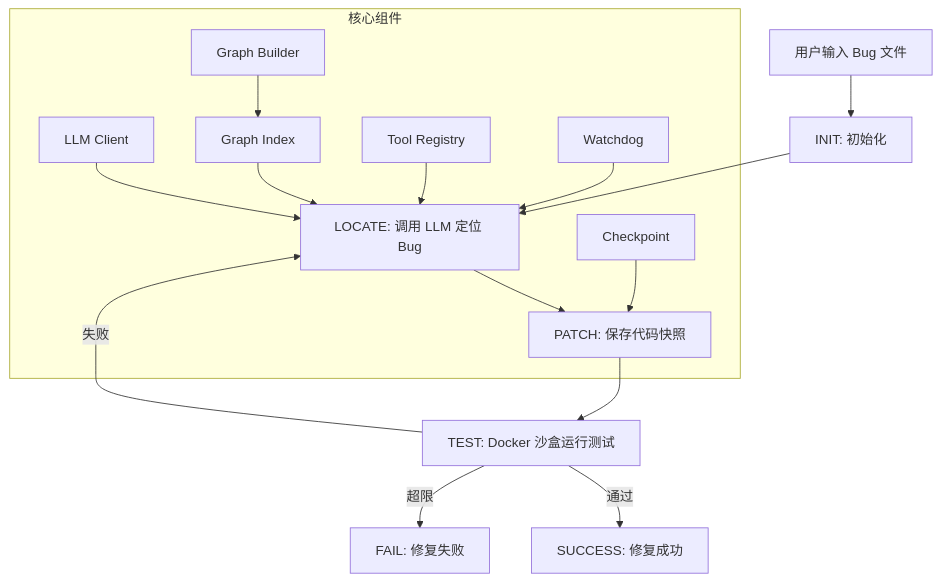
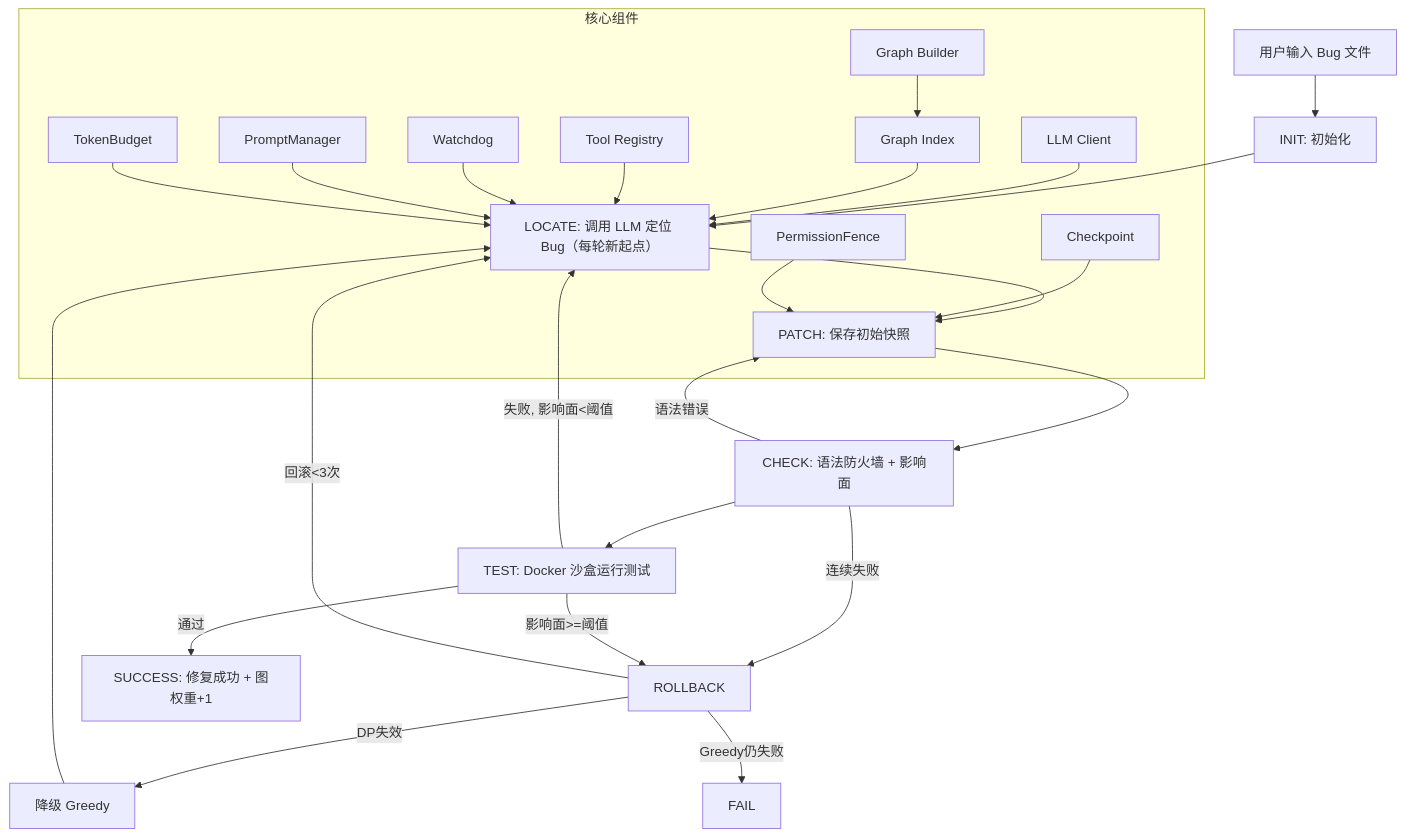
Before and after one commit to buhui-biancheng/mini-swe: the diagram in README.md, drawn with Mermaid. The commit also changed other lines of this file and 41 other files, not shown here.

````diff
--- a/README.md
+++ b/README.md
@@ -24,19 +27,29 @@
 ```mermaid
 graph TD
     A[用户输入 Bug 文件] --> B[INIT: 初始化]
-    B --> C[LOCATE: 调用 LLM 定位 Bug]
-    C --> D[PATCH: 保存代码快照]
-    D --> E[TEST: Docker 沙盒运行测试]
-    E -->|通过| F[SUCCESS: 修复成功]
-    E -->|失败| C
-    E -->|超限| G[FAIL: 修复失败]
+    B --> C[LOCATE: 调用 LLM 定位 Bug（每轮新起点）]
+    C --> D[PATCH: 保存初始快照]
+    D --> E[CHECK: 语法防火墙 + 影响面]
+    E -->|语法错误| D
+    E -->|连续失败| H[ROLLBACK]
+    E --> F[TEST: Docker 沙盒运行测试]
+    F -->|通过| G[SUCCESS: 修复成功 + 图权重+1]
+    F -->|失败, 影响面<阈值| C
+    F -->|影响面>=阈值| H
+    H -->|回滚<3次| C
+    H -->|DP失效| I[降级 Greedy]
+    I --> C
+    H -->|Greedy仍失败| J[FAIL]
 
     subgraph "核心组件"
-        H[LLM Client] --> C
-        I[Graph Index] --> C
-        J[Tool Registry] --> C
-        K[Watchdog] --> C
-        L[Checkpoint] --> D
-        M[Graph Builder] --> I
+        K[LLM Client] --> C
+        L[Graph Index] --> C
+        M[Tool Registry] --> C
+        N[Watchdog] --> C
+        O[Checkpoint] --> D
+        P[Graph Builder] --> L
+        Q[PromptManager] --> C
+        R[PermissionFence] --> D
+        S[TokenBudget] --> C
     end
 ```
````
